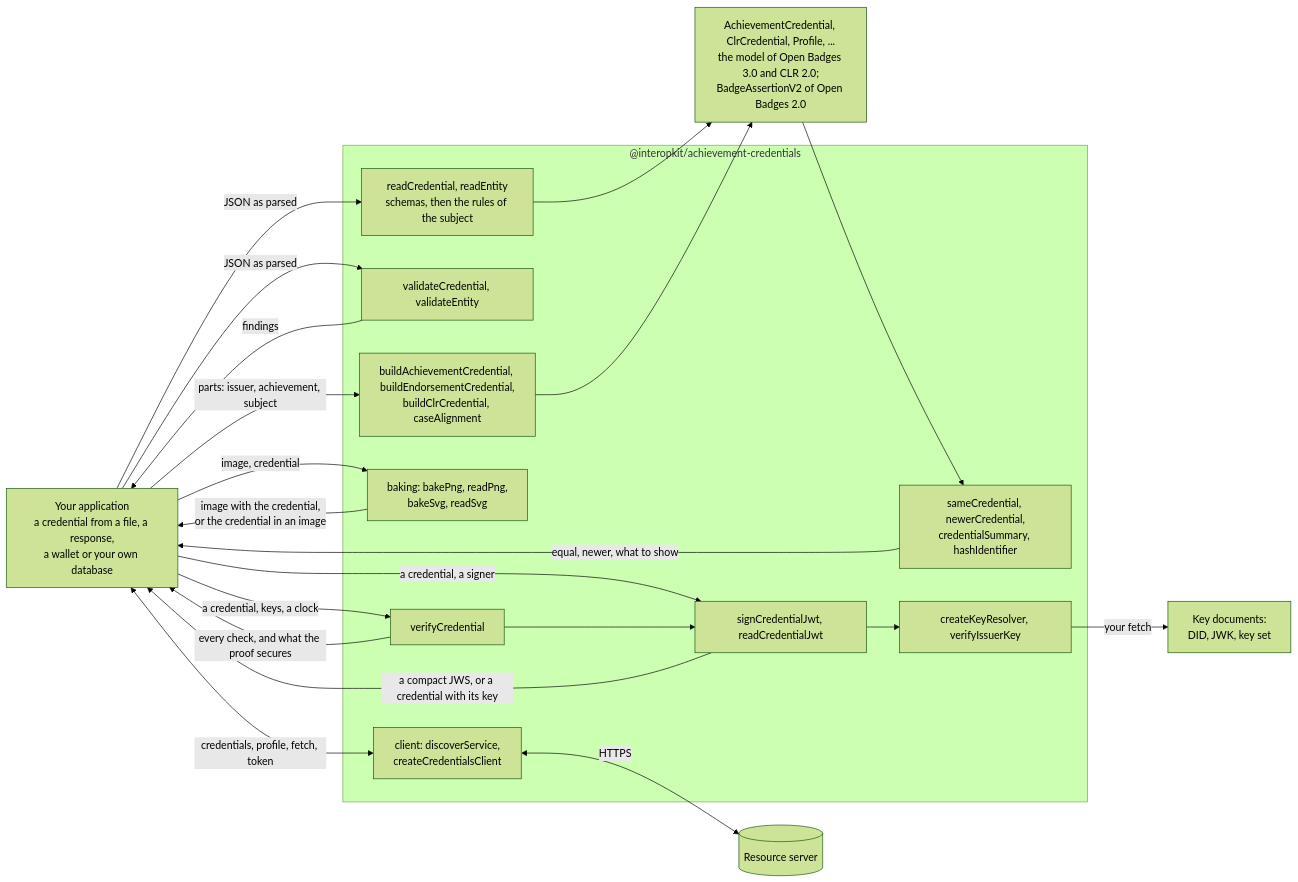
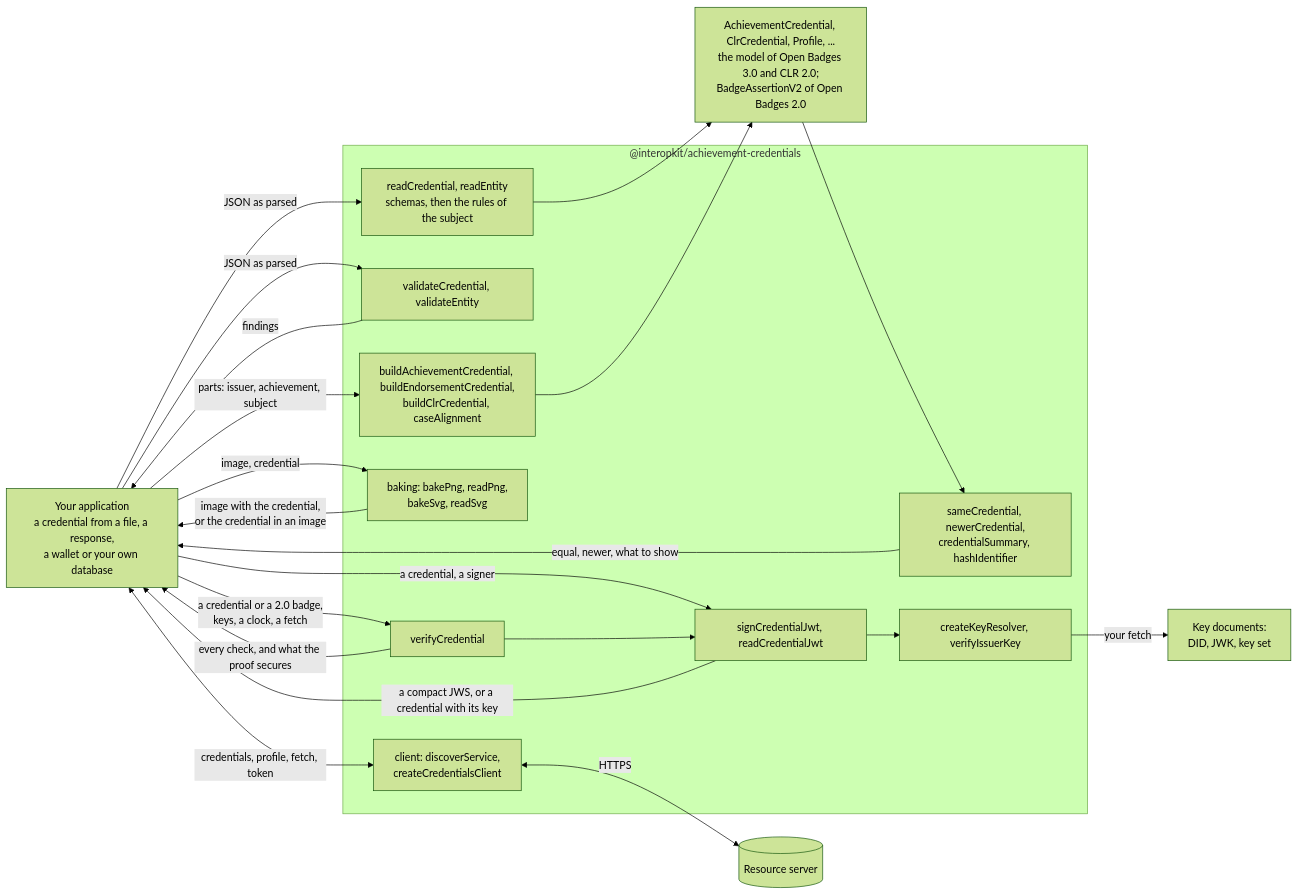
Before and after one commit to interopkit/interopkit: the diagram in packages/achievement-credentials/README.md, drawn with Mermaid (forest theme). The commit also changed other lines of this file and 28 other files, not shown here.

````diff
--- a/packages/achievement-credentials/README.md
+++ b/packages/achievement-credentials/README.md
@@ -14,35 +14,35 @@
 ```mermaid
 flowchart LR
   host["Your application<br/>a credential from a file, a response,<br/>a wallet or your own database"]
   subgraph pkg["@interopkit/achievement-credentials"]
     read["readCredential, readEntity<br/>schemas, then the rules of the subject"]
     validate["validateCredential, validateEntity"]
     build["buildAchievementCredential, buildEndorsementCredential,<br/>buildClrCredential, caseAlignment"]
     compare["sameCredential, newerCredential,<br/>credentialSummary, hashIdentifier"]
     baking["baking: bakePng, readPng,<br/>bakeSvg, readSvg"]
     client["client: discoverService,<br/>createCredentialsClient"]
     jwt["signCredentialJwt, readCredentialJwt"]
     keys["createKeyResolver, verifyIssuerKey"]
     verify["verifyCredential"]
   end
   model["AchievementCredential, ClrCredential, Profile, ...<br/>the model of Open Badges 3.0 and CLR 2.0;<br/>BadgeAssertionV2 of Open Badges 2.0"]
   host -->|"JSON as parsed"| read
   read --> model
   host -->|"JSON as parsed"| validate
   validate -->|"findings"| host
   host -->|"parts: issuer, achievement, subject"| build
   build --> model
   model --> compare
   compare -->|"equal, newer, what to show"| host
   host -->|"image, credential"| baking
   baking -->|"image with the credential,<br/>or the credential in an image"| host
   host <-->|"credentials, profile, fetch, token"| client
   client <-->|"HTTPS"| server[("Resource server")]
   host -->|"a credential, a signer"| jwt
   jwt -->|"a compact JWS, or a credential with its key"| host
   jwt --> keys
-  host -->|"a credential, keys, a clock"| verify
+  host -->|"a credential or a 2.0 badge,<br/>keys, a clock, a fetch"| verify
   verify -->|"every check, and what the proof secures"| host
   verify --> jwt
   keys -->|"your fetch"| docs["Key documents:<br/>DID, JWK, key set"]
 ```
````
